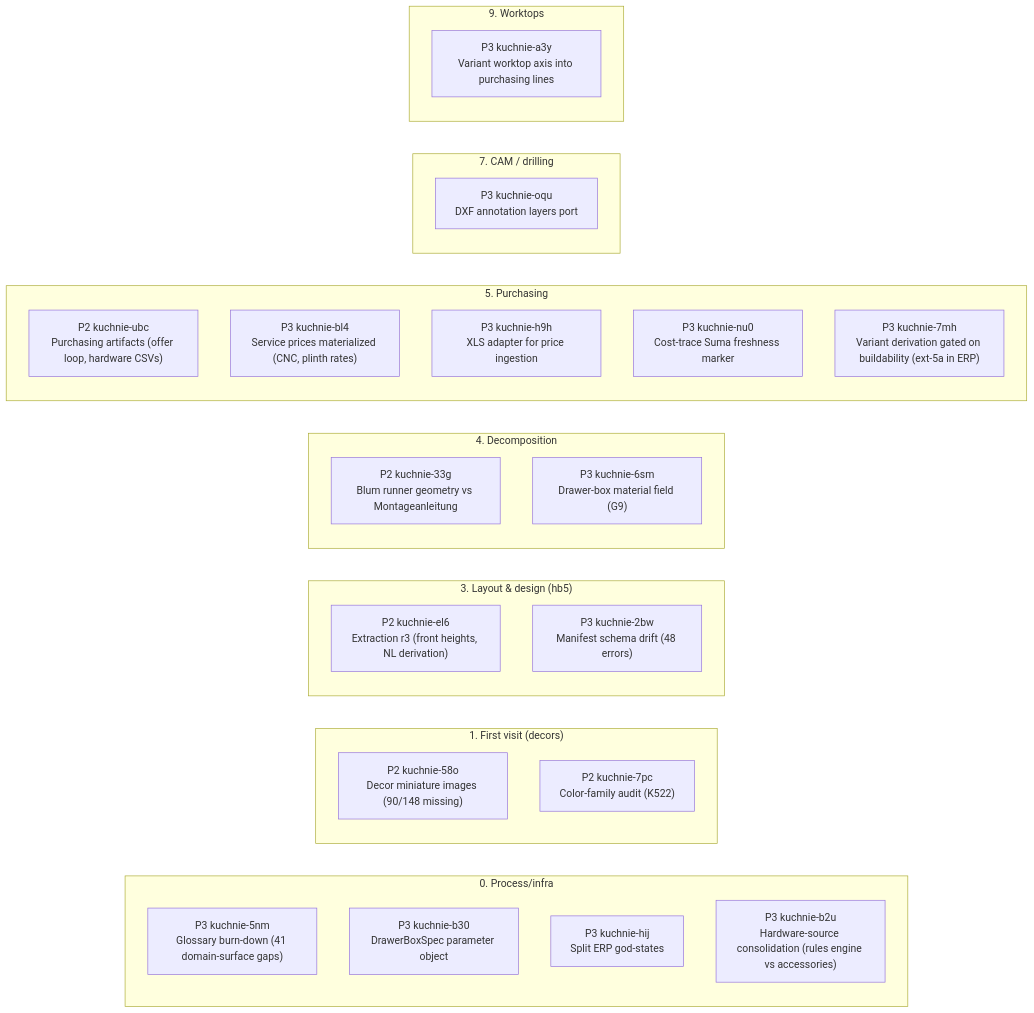
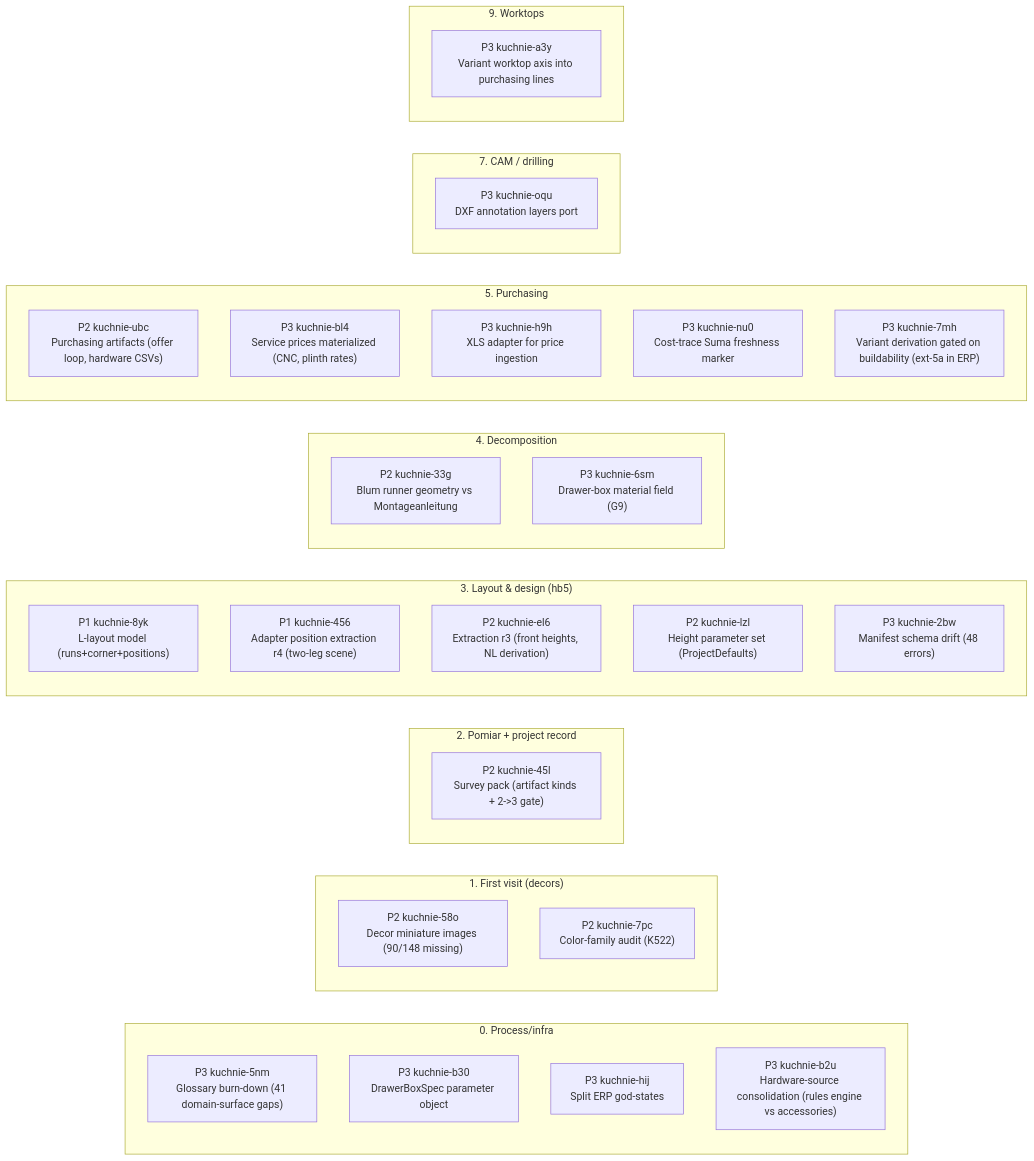
One commit to m1981/kuchnie changed the first of 2 diagrams in STATUS.md. Above: the diagram before and after it, drawn with Mermaid. The commit also changed other lines of this file and 8 other files, not shown here.

First line of the commit message:
stage 1 kickoff: ADR-034/035 (layout rebuilt minimal in core; playbook operating decisions) + four specs from archetype blanks + wk/bd twins on the roadmap

````diff
--- a/STATUS.md
+++ b/STATUS.md
@@ -114,34 +130,40 @@
 ```mermaid
 flowchart LR
     subgraph s0 ["0. Process/infra"]
         kuchnie_5nm["P3 kuchnie-5nm<br/>Glossary burn-down (41 domain-surface gaps)"]
         kuchnie_b30["P3 kuchnie-b30<br/>DrawerBoxSpec parameter object"]
         kuchnie_hij["P3 kuchnie-hij<br/>Split ERP god-states"]
         kuchnie_b2u["P3 kuchnie-b2u<br/>Hardware-source consolidation (rules engine vs accessories)"]
     end
     subgraph s1 ["1. First visit (decors)"]
         kuchnie_58o["P2 kuchnie-58o<br/>Decor miniature images (90/148 missing)"]
         kuchnie_7pc["P2 kuchnie-7pc<br/>Color-family audit (K522)"]
     end
+    subgraph s2 ["2. Pomiar + project record"]
+        kuchnie_45l["P2 kuchnie-45l<br/>Survey pack (artifact kinds + 2->3 gate)"]
+    end
     subgraph s3 ["3. Layout & design (hb5)"]
+        kuchnie_8yk["P1 kuchnie-8yk<br/>L-layout model (runs+corner+positions)"]
+        kuchnie_456["P1 kuchnie-456<br/>Adapter position extraction r4 (two-leg scene)"]
         kuchnie_el6["P2 kuchnie-el6<br/>Extraction r3 (front heights, NL derivation)"]
+        kuchnie_lzl["P2 kuchnie-lzl<br/>Height parameter set (ProjectDefaults)"]
         kuchnie_2bw["P3 kuchnie-2bw<br/>Manifest schema drift (48 errors)"]
     end
     subgraph s4 ["4. Decomposition"]
         kuchnie_33g["P2 kuchnie-33g<br/>Blum runner geometry vs Montageanleitung"]
         kuchnie_6sm["P3 kuchnie-6sm<br/>Drawer-box material field (G9)"]
     end
     subgraph s5 ["5. Purchasing"]
         kuchnie_ubc["P2 kuchnie-ubc<br/>Purchasing artifacts (offer loop, hardware CSVs)"]
         kuchnie_bl4["P3 kuchnie-bl4<br/>Service prices materialized (CNC, plinth rates)"]
         kuchnie_h9h["P3 kuchnie-h9h<br/>XLS adapter for price ingestion"]
         kuchnie_nu0["P3 kuchnie-nu0<br/>Cost-trace Suma freshness marker"]
         kuchnie_7mh["P3 kuchnie-7mh<br/>Variant derivation gated on buildability (ext-5a in ERP)"]
     end
     subgraph s7 ["7. CAM / drilling"]
         kuchnie_oqu["P3 kuchnie-oqu<br/>DXF annotation layers port"]
     end
     subgraph s9 ["9. Worktops"]
         kuchnie_a3y["P3 kuchnie-a3y<br/>Variant worktop axis into purchasing lines"]
     end
 ```
````
